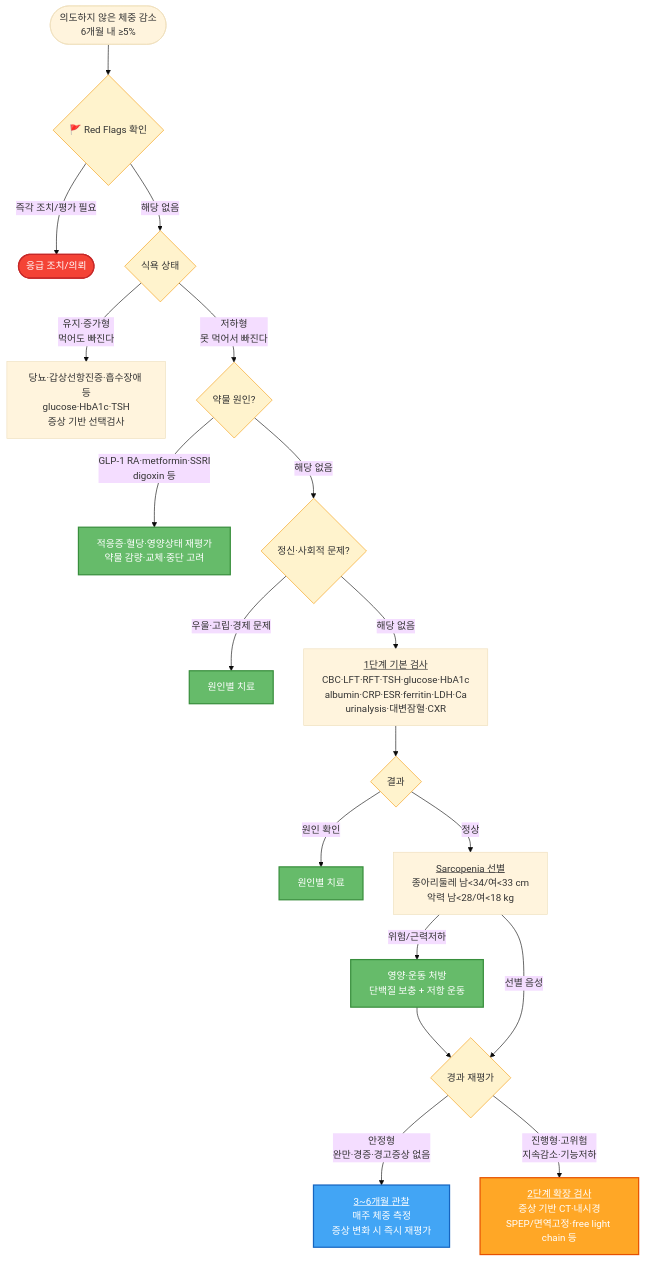
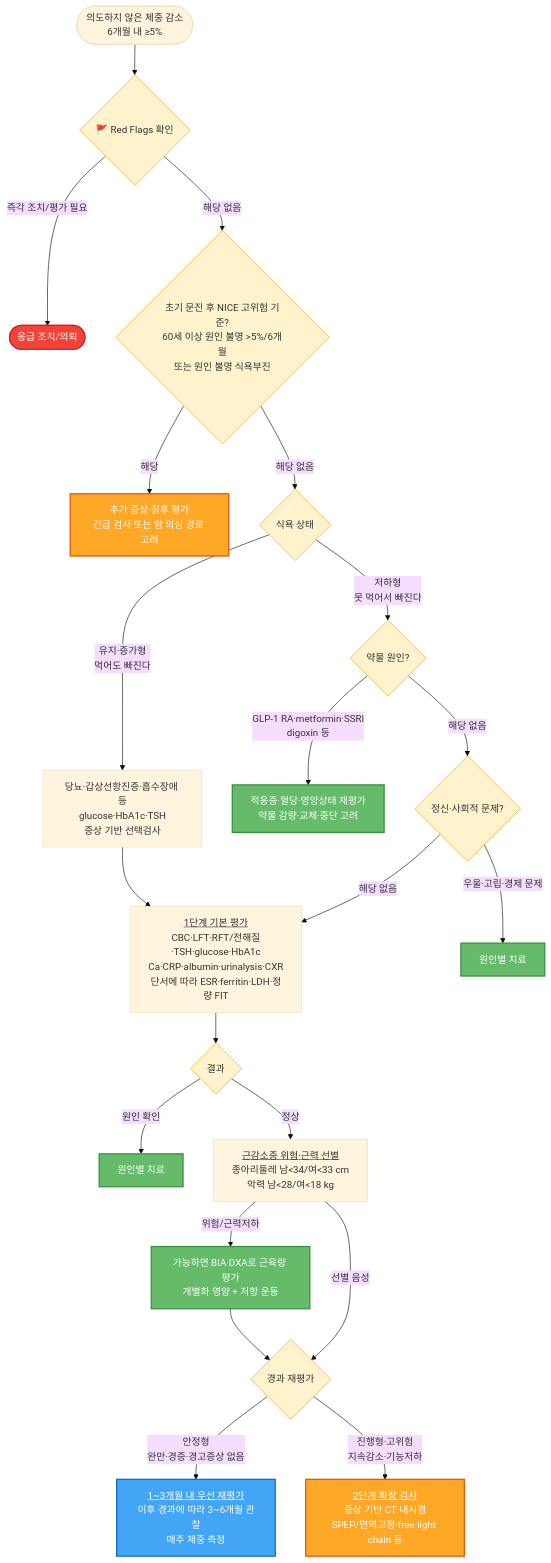
Before and after one commit to familyoh77/familyoh77: the diagram in 220_/013_-weight-loss.md, drawn with Mermaid (base theme). The commit also changed other lines of this file, not shown here.

````diff
--- a/220_/013_-weight-loss.md
+++ b/220_/013_-weight-loss.md
@@ -143,28 +156,32 @@
 ```mermaid
 graph TD
-    A([의도하지 않은 체중 감소</br>6개월 내 ≥5%]) --> B{🚩 Red Flags 확인}
+    A([의도하지 않은 체중 감소<br/>6개월 내 ≥5%]) --> B{🚩 Red Flags 확인}
     B -->|즉각 조치/평가 필요| C([응급 조치/의뢰])
-    B -->|해당 없음| E{식욕 상태}
-    E -->|유지·증가형</br>먹어도 빠진다| F["당뇨·갑상선항진증·흡수장애 등</br>glucose·HbA1c·TSH</br>증상 기반 선택검사"]
-    E -->|저하형</br>못 먹어서 빠진다| G{약물 원인?}
-    G -->|GLP-1 RA·metformin·SSRI</br>digoxin 등| H[적응증·혈당·영양상태 재평가</br>약물 감량·교체·중단 고려]
+    B -->|해당 없음| W{"초기 문진 후 NICE 고위험 기준?<br/>60세 이상 원인 불명 >5%/6개월<br/>또는 원인 불명 식욕부진"}
+    W -->|해당| X["추가 증상·징후 평가<br/>긴급 검사 또는 암 의심 경로 고려"]
+    W -->|해당 없음| E{식욕 상태}
+    E -->|유지·증가형<br/>먹어도 빠진다| F["당뇨·갑상선항진증·흡수장애 등<br/>glucose·HbA1c·TSH<br/>증상 기반 선택검사"]
+    F --> K
+    E -->|저하형<br/>못 먹어서 빠진다| G{약물 원인?}
+    G -->|GLP-1 RA·metformin·SSRI<br/>digoxin 등| H["적응증·혈당·영양상태 재평가<br/>약물 감량·교체·중단 고려"]
     G -->|해당 없음| I{정신·사회적 문제?}
     I -->|우울·고립·경제 문제| J[원인별 치료]
-    I -->|해당 없음| K["<u>1단계 기본 검사</u></br>CBC·LFT·RFT·TSH·glucose·HbA1c</br>albumin·CRP·ESR·ferritin·LDH·Ca</br>urinalysis·대변잠혈·CXR"]
+    I -->|해당 없음| K["<u>1단계 기본 평가</u><br/>CBC·LFT·RFT/전해질·TSH·glucose·HbA1c<br/>Ca·CRP·albumin·urinalysis·CXR<br/>단서에 따라 ESR·ferritin·LDH·정량 FIT"]
     K --> L{결과}
     L -->|원인 확인| M[원인별 치료]
-    L -->|정상| N["<u>Sarcopenia 선별</u></br>종아리둘레 남&lt;34/여&lt;33 cm</br>악력 남&lt;28/여&lt;18 kg"]
-    N -->|위험/근력저하| R["영양·운동 처방</br>단백질 보충 + 저항 운동"]
+    L -->|정상| N["<u>근감소증 위험·근력 선별</u><br/>종아리둘레 남&lt;34/여&lt;33 cm<br/>악력 남&lt;28/여&lt;18 kg"]
+    N -->|위험/근력저하| R["가능하면 BIA·DXA로 근육량 평가<br/>개별화 영양 + 저항 운동"]
     R --> O{경과 재평가}
     N -->|선별 음성| O
-    O -->|안정형</br>완만·경증·경고증상 없음| P["<u>3~6개월 관찰</u></br>매주 체중 측정</br>증상 변화 시 즉시 재평가"]
-    O -->|진행형·고위험</br>지속감소·기능저하| Q["<u>2단계 확장 검사</u></br>증상 기반 CT·내시경</br>SPEP/면역고정·free light chain 등"]
+    O -->|안정형<br/>완만·경증·경고증상 없음| P["<u>1~3개월 내 우선 재평가</u><br/>이후 경과에 따라 3~6개월 관찰<br/>매주 체중 측정"]
+    O -->|진행형·고위험<br/>지속감소·기능저하| Q["<u>2단계 확장 검사</u><br/>증상 기반 CT·내시경<br/>SPEP/면역고정·free light chain 등"]
 
 classDef green fill:#66bb6a,stroke:#388e3c,color:#fff,stroke-width:2px
 class H,J,M,R green
 classDef yellow fill:#fff3cd,stroke:#f39c12
-class B,E,G,I,L,O yellow
+class B,W,E,G,I,L,O yellow
     style C fill:#f44336,stroke:#c62828,color:#fff,stroke-width:2px
+    style X fill:#ffa726,stroke:#e65100,color:#fff,stroke-width:2px
     style P fill:#42a5f5,stroke:#1565c0,color:#fff,stroke-width:2px
     style Q fill:#ffa726,stroke:#e65100,color:#fff,stroke-width:2px
 ```
````
